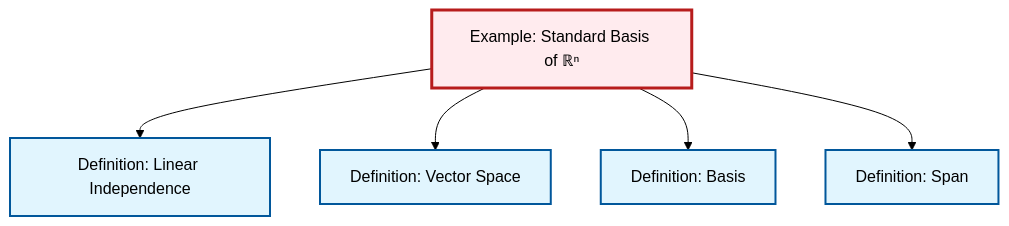
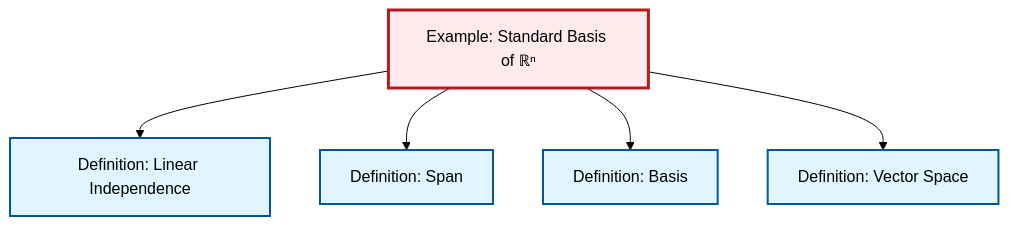
Before and after one commit to RK0429/ModernMath: the diagram in content/en/algebra/ex-standard-basis-rn.qmd, drawn with Mermaid (forest theme). The commit also changed other lines of this file and 531 other files, not shown here.

````diff
--- a/content/en/algebra/ex-standard-basis-rn.qmd
+++ b/content/en/algebra/ex-standard-basis-rn.qmd
@@ -62,23 +62,23 @@
 ```{mermaid}
 %%| fig-cap: "Local dependency graph"
 graph TD
     classDef definition fill:#e1f5fe,stroke:#01579b,stroke-width:2px
     classDef theorem fill:#f3e5f5,stroke:#4a148c,stroke-width:2px
     classDef axiom fill:#fff3e0,stroke:#e65100,stroke-width:2px
     classDef example fill:#e8f5e9,stroke:#1b5e20,stroke-width:2px
     classDef current fill:#ffebee,stroke:#b71c1c,stroke-width:3px
     ex-standard-basis-rn["Example: Standard Basis of ℝⁿ"]:::example
     def-vector-space["Definition: Vector Space"]:::definition
+    def-span["Definition: Span"]:::definition
+    def-linear-independence["Definition: Linear Independence"]:::definition
     def-basis["Definition: Basis"]:::definition
-    def-linear-independence["Definition: Linear Independence"]:::definition
-    def-span["Definition: Span"]:::definition
     ex-standard-basis-rn --> def-linear-independence
+    ex-standard-basis-rn --> def-span
+    ex-standard-basis-rn --> def-basis
     ex-standard-basis-rn --> def-vector-space
-    ex-standard-basis-rn --> def-basis
-    ex-standard-basis-rn --> def-span
     class ex-standard-basis-rn current
     click def-vector-space "def-vector-space.html" "Go to Vector Space definition"
+    click def-span "def-span.html" "Go to Span definition"
+    click def-linear-independence "def-linear-independence.html" "Go to Linear Independence definition"
     click def-basis "def-basis.html" "Go to Basis definition"
-    click def-linear-independence "def-linear-independence.html" "Go to Linear Independence definition"
-    click def-span "def-span.html" "Go to Span definition"
 ```
````
